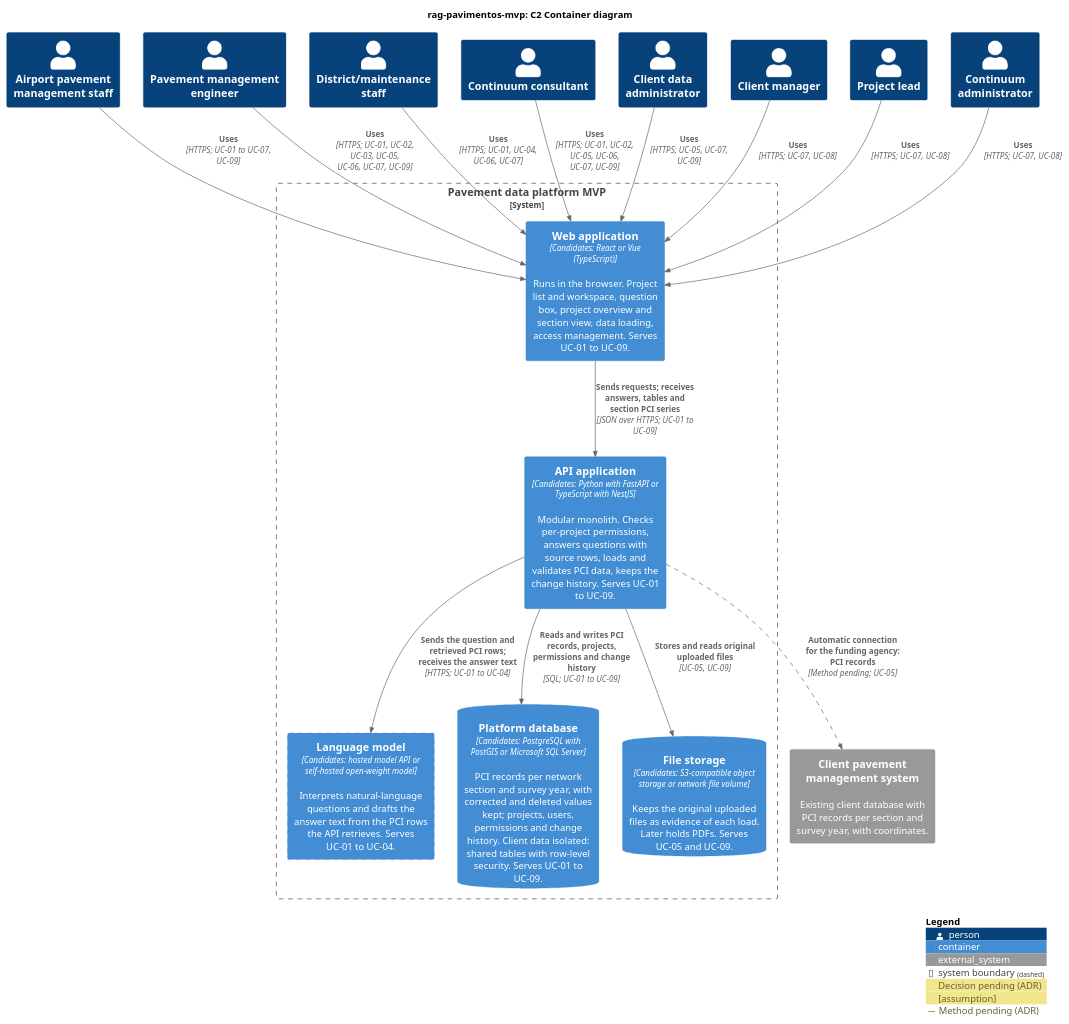
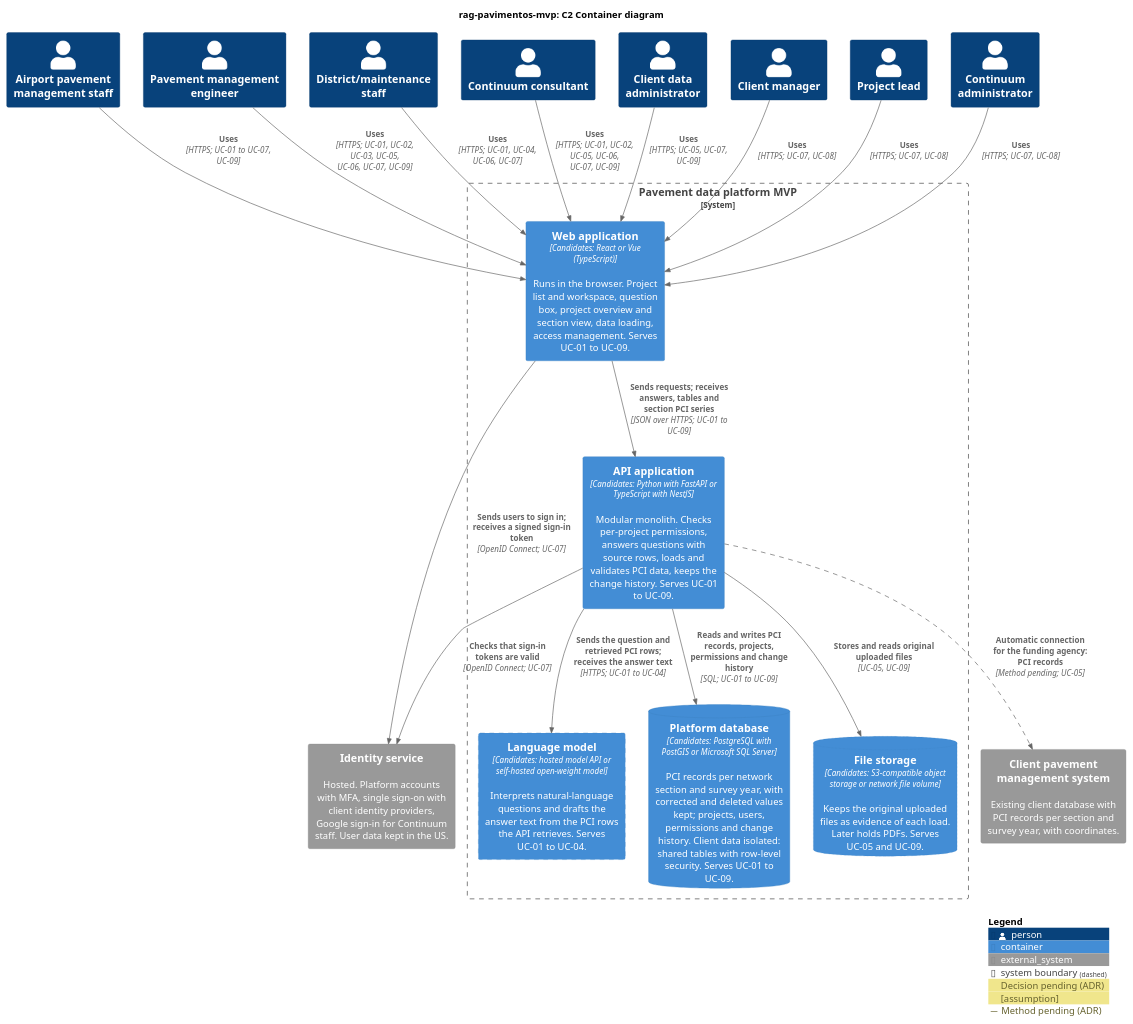
One commit to SAndrade2209/rag-pavimentos-mvp changed the diagram in docs/architecture/c4/c2-containers.puml. Above: the diagram before and after it, drawn with PlantUML. The commit also changed 4 other files, not shown here.

First line of the commit message:
Accept ADR: delegate sign-in to an identity service

```diff
--- a/docs/architecture/c4/c2-containers.puml
+++ b/docs/architecture/c4/c2-containers.puml
@@ -1,66 +1,70 @@
 @startuml c2-containers
 !include https://raw.githubusercontent.com/plantuml-stdlib/C4-PlantUML/master/C4_Container.puml
 
 title rag-pavimentos-mvp: C2 Container diagram
 
 ' Proposal. Candidate technologies are listed, not chosen. Each choice goes in an ADR,
 ' after docs/architecture/quality-attributes.md is filled.
 ' Modular monolith (CLAUDE.md): one API application holds the modules
 ' (question answering, PCI data, projects and access, change history). Modules belong in C3.
 ' All candidates run on any cloud provider or on premises (portability, CLAUDE.md).
 
 AddElementTag("pending", $borderStyle=DashedLine(), $legendText="Decision pending (ADR)")
 AddElementTag("assumption", $borderStyle=DottedLine(), $legendText="[assumption]")
 AddRelTag("pending", $lineStyle=DashedLine(), $legendText="Method pending (ADR)")
 
 ' People from C1, with the use cases each one performs.
 Person(airport_staff, "Airport pavement management staff")
 Person(pm_engineer, "Pavement management engineer")
 Person(district_staff, "District/maintenance staff")
 Person(consultant, "Continuum consultant")
 Person(data_admin, "Client data administrator")
 Person(client_manager, "Client manager")
 Person(project_lead, "Project lead")
 Person(continuum_admin, "Continuum administrator")
 
 ' External system from C1.
 ' CSV and Excel files are uploaded by people through the web application (UC-05).
 ' For the funding agency only, the API application also has an automatic connection to this system.
 ' Its method, and so the direction of the arrow, is pending (ADR 2026-11-23-load-pci-data-by-upload-and-connection).
-' Sign-in method not decided (UC-07): an identity provider is not shown until it is.
+' Sign-in (ADR 2026-11-23-delegate-sign-in-to-an-identity-service). The client identity providers and
+' Continuum's Google Workspace connect to the identity service, not to the containers; they are shown in C1.
+System_Ext(idp, "Identity service", "Hosted. Platform accounts with MFA, single sign-on with client identity providers, Google sign-in for Continuum staff. User data kept in the US.")
 System_Ext(pms, "Client pavement management system", "Existing client database with PCI records per section and survey year, with coordinates.")
 
 System_Boundary(platform, "Pavement data platform MVP") {
   Container(web, "Web application", "Candidates: React or Vue (TypeScript)", "Runs in the browser. Project list and workspace, question box, project overview and section view, data loading, access management. Serves UC-01 to UC-09.")
 
   Container(api, "API application", "Candidates: Python with FastAPI or TypeScript with NestJS", "Modular monolith. Checks per-project permissions, answers questions with source rows, loads and validates PCI data, keeps the change history. Serves UC-01 to UC-09.")
 
   ' Hosted or self-hosted is the decision. With a hosted model API, client PCI rows leave
   ' the platform and the model becomes an external system in C1.
   Container(llm, "Language model", "Candidates: hosted model API or self-hosted open-weight model", "Interprets natural-language questions and drafts the answer text from the PCI rows the API retrieves. Serves UC-01 to UC-04.", $tags="pending")
 
   ' Client data isolation: see ADR 2026-11-23-isolate-client-data-with-row-level-security.
   ContainerDb(db, "Platform database", "Candidates: PostgreSQL with PostGIS or Microsoft SQL Server", "PCI records per network section and survey year, with corrected and deleted values kept; projects, users, permissions and change history. Client data isolated: shared tables with row-level security. Serves UC-01 to UC-09.")
 
   ' Not required by phase 1 questions. Justified by the evidence requirement and by PDFs later.
   ' If original files are not kept, this container is removed.
   ContainerDb(files, "File storage", "Candidates: S3-compatible object storage or network file volume", "Keeps the original uploaded files as evidence of each load. Later holds PDFs. Serves UC-05 and UC-09.", $tags="assumption")
 }
 
 Rel(airport_staff, web, "Uses", "HTTPS; UC-01 to UC-07, UC-09")
 Rel(pm_engineer, web, "Uses", "HTTPS; UC-01, UC-02, UC-03, UC-05, UC-06, UC-07, UC-09")
 Rel(district_staff, web, "Uses", "HTTPS; UC-01, UC-04, UC-06, UC-07")
 Rel(consultant, web, "Uses", "HTTPS; UC-01, UC-02, UC-05, UC-06, UC-07, UC-09")
 Rel(data_admin, web, "Uses", "HTTPS; UC-05, UC-07, UC-09")
 Rel(client_manager, web, "Uses", "HTTPS; UC-07, UC-08")
 Rel(project_lead, web, "Uses", "HTTPS; UC-07, UC-08")
 Rel(continuum_admin, web, "Uses", "HTTPS; UC-07, UC-08")
 
 Rel(web, api, "Sends requests; receives answers, tables and section PCI series", "JSON over HTTPS; UC-01 to UC-09")
 Rel(api, llm, "Sends the question and retrieved PCI rows; receives the answer text", "HTTPS; UC-01 to UC-04")
 Rel(api, db, "Reads and writes PCI records, projects, permissions and change history", "SQL; UC-01 to UC-09")
 Rel(api, files, "Stores and reads original uploaded files", "UC-05, UC-09")
 Rel(api, pms, "Automatic connection for the funding agency: PCI records", "Method pending; UC-05", $tags="pending")
+Rel(web, idp, "Sends users to sign in; receives a signed sign-in token", "OpenID Connect; UC-07")
+Rel(api, idp, "Checks that sign-in tokens are valid", "OpenID Connect; UC-07")
 
 SHOW_LEGEND()
 @enduml
```
